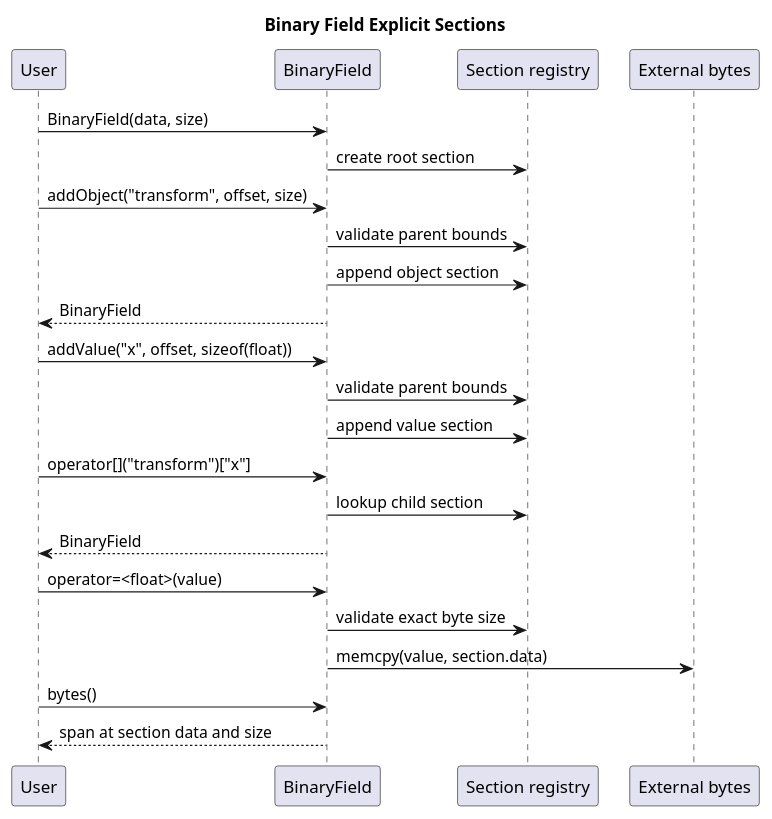
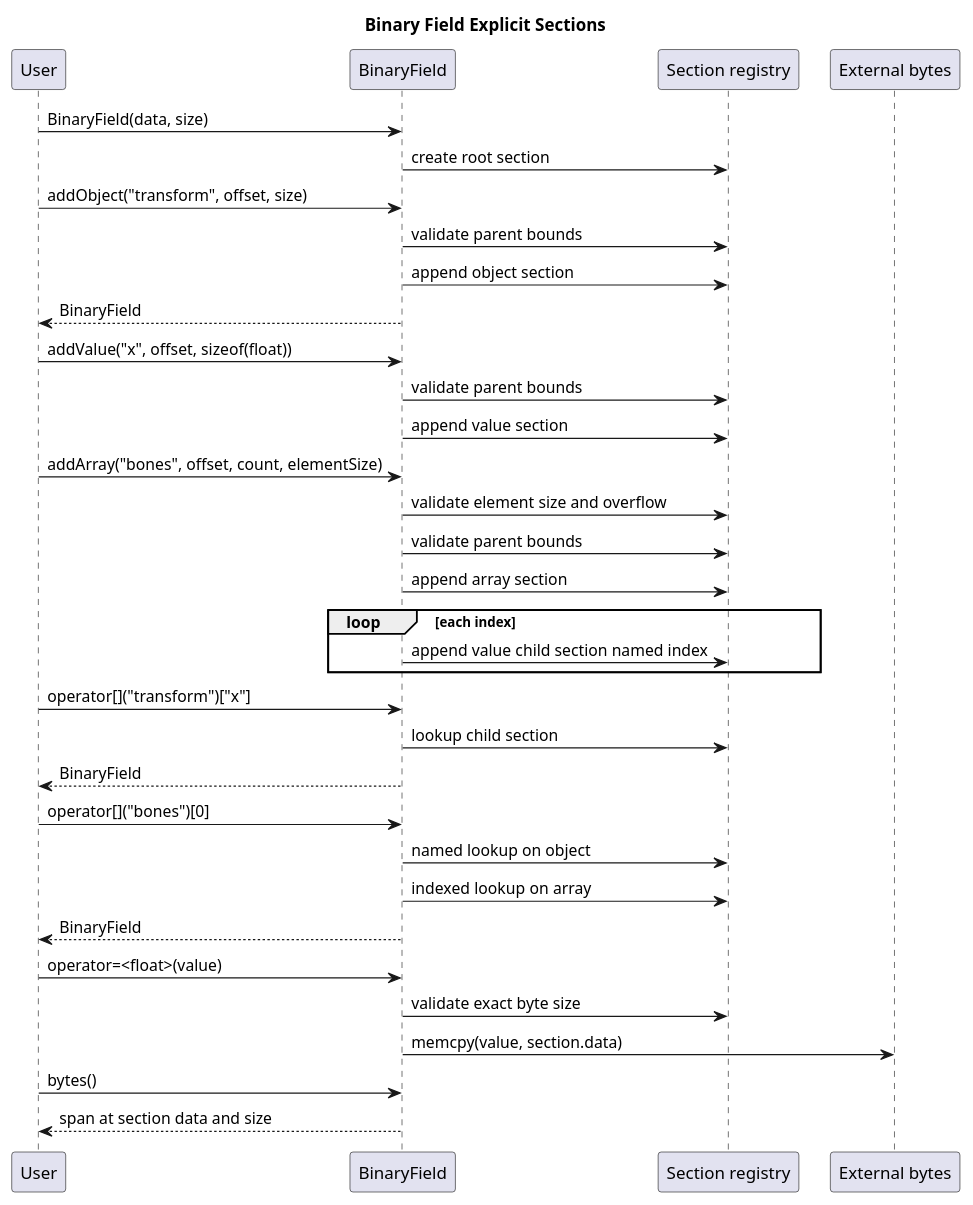
The diagram in documentation/architecture/diagrams/binary-layout-sequence.puml (Hyarius/Sparkle), drawn with PlantUML before and after one commit. The commit also changed 50 other files, not shown here.

Commit message:
Adding diagrams to the architecture folder

```diff
--- a/documentation/architecture/diagrams/binary-layout-sequence.puml
+++ b/documentation/architecture/diagrams/binary-layout-sequence.puml
@@ -1,34 +1,47 @@
 @startuml
 title Binary Field Explicit Sections
 
 skinparam ParticipantPadding 8
 
 participant "User" as User
 participant "BinaryField" as Field
 participant "Section registry" as Sections
 participant "External bytes" as Bytes
 
 User -> Field : BinaryField(data, size)
 Field -> Sections : create root section
 
 User -> Field : addObject("transform", offset, size)
 Field -> Sections : validate parent bounds
 Field -> Sections : append object section
 Field --> User : BinaryField
 
 User -> Field : addValue("x", offset, sizeof(float))
 Field -> Sections : validate parent bounds
 Field -> Sections : append value section
 
+User -> Field : addArray("bones", offset, count, elementSize)
+Field -> Sections : validate element size and overflow
+Field -> Sections : validate parent bounds
+Field -> Sections : append array section
+loop each index
+	Field -> Sections : append value child section named index
+end
+
 User -> Field : operator[]("transform")["x"]
 Field -> Sections : lookup child section
+Field --> User : BinaryField
+
+User -> Field : operator[]("bones")[0]
+Field -> Sections : named lookup on object
+Field -> Sections : indexed lookup on array
 Field --> User : BinaryField
 
 User -> Field : operator=<float>(value)
 Field -> Sections : validate exact byte size
 Field -> Bytes : memcpy(value, section.data)
 
 User -> Field : bytes()
 Field --> User : span at section data and size
 
 @enduml
```
